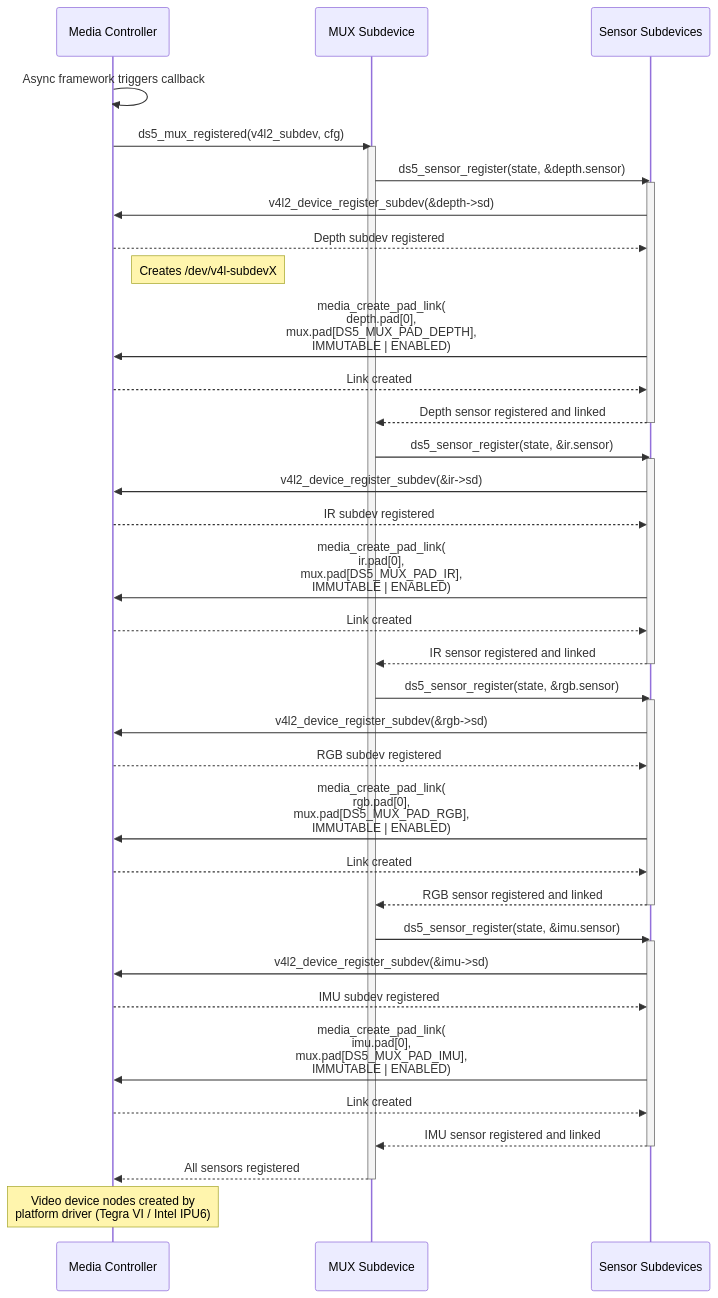
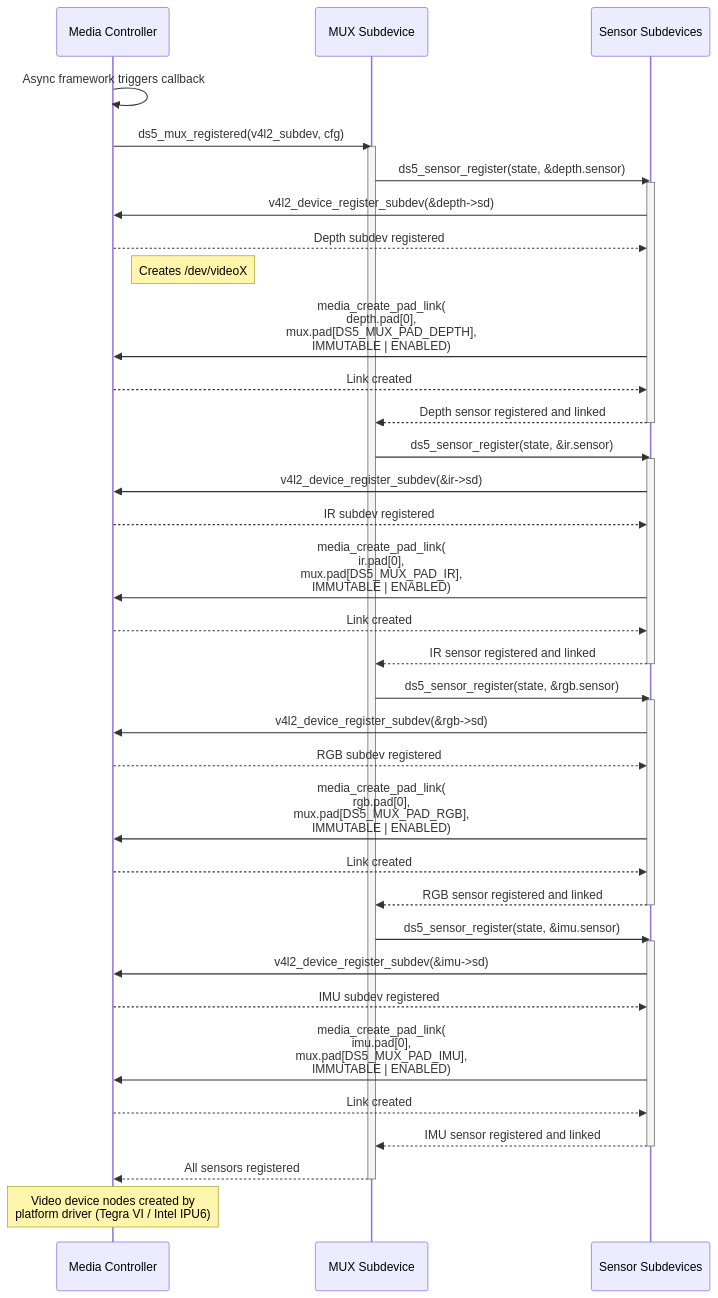
Diagram 14 of 15 in probe_flow_sequence_diagram.md (realsenseai/realsense_mipi_platform_driver), drawn with Mermaid before and after one commit. The commit also changed other lines of this file and 1 other file, not shown here.

````diff
--- a/probe_flow_sequence_diagram.md
+++ b/probe_flow_sequence_diagram.md
@@ -773,45 +787,45 @@
 ```mermaid
 sequenceDiagram
     participant Media as Media Controller
     participant Mux as MUX Subdevice
     participant Sensors as Sensor Subdevices
     Media->>Media: Async framework triggers callback
     Media->>Mux: ds5_mux_registered(v4l2_subdev, cfg)
     activate Mux
     Mux->>Sensors: ds5_sensor_register(state, &depth.sensor)
     activate Sensors
     Sensors->>Media: v4l2_device_register_subdev(&depth->sd)
     Media-->>Sensors: Depth subdev registered
-    Note right of Media: Creates /dev/v4l-subdevX
+    Note right of Media: Creates /dev/videoX
     Sensors->>Media: media_create_pad_link(<br/>  depth.pad[0],<br/>  mux.pad[DS5_MUX_PAD_DEPTH],<br/>  IMMUTABLE | ENABLED)
     Media-->>Sensors: Link created
     Sensors-->>Mux: Depth sensor registered and linked
     deactivate Sensors
     Mux->>Sensors: ds5_sensor_register(state, &ir.sensor)
     activate Sensors
     Sensors->>Media: v4l2_device_register_subdev(&ir->sd)
     Media-->>Sensors: IR subdev registered
     Sensors->>Media: media_create_pad_link(<br/>  ir.pad[0],<br/>  mux.pad[DS5_MUX_PAD_IR],<br/>  IMMUTABLE | ENABLED)
     Media-->>Sensors: Link created
     Sensors-->>Mux: IR sensor registered and linked
     deactivate Sensors
     Mux->>Sensors: ds5_sensor_register(state, &rgb.sensor)
     activate Sensors
     Sensors->>Media: v4l2_device_register_subdev(&rgb->sd)
     Media-->>Sensors: RGB subdev registered
     Sensors->>Media: media_create_pad_link(<br/>  rgb.pad[0],<br/>  mux.pad[DS5_MUX_PAD_RGB],<br/>  IMMUTABLE | ENABLED)
     Media-->>Sensors: Link created
     Sensors-->>Mux: RGB sensor registered and linked
     deactivate Sensors
     Mux->>Sensors: ds5_sensor_register(state, &imu.sensor)
     activate Sensors
     Sensors->>Media: v4l2_device_register_subdev(&imu->sd)
     Media-->>Sensors: IMU subdev registered
     Sensors->>Media: media_create_pad_link(<br/>  imu.pad[0],<br/>  mux.pad[DS5_MUX_PAD_IMU],<br/>  IMMUTABLE | ENABLED)
     Media-->>Sensors: Link created
     Sensors-->>Mux: IMU sensor registered and linked
     deactivate Sensors
     Mux-->>Media: All sensors registered
     deactivate Mux
     Note over Media: Video device nodes created by<br/>platform driver (Tegra VI / Intel IPU6)
 ```
````
